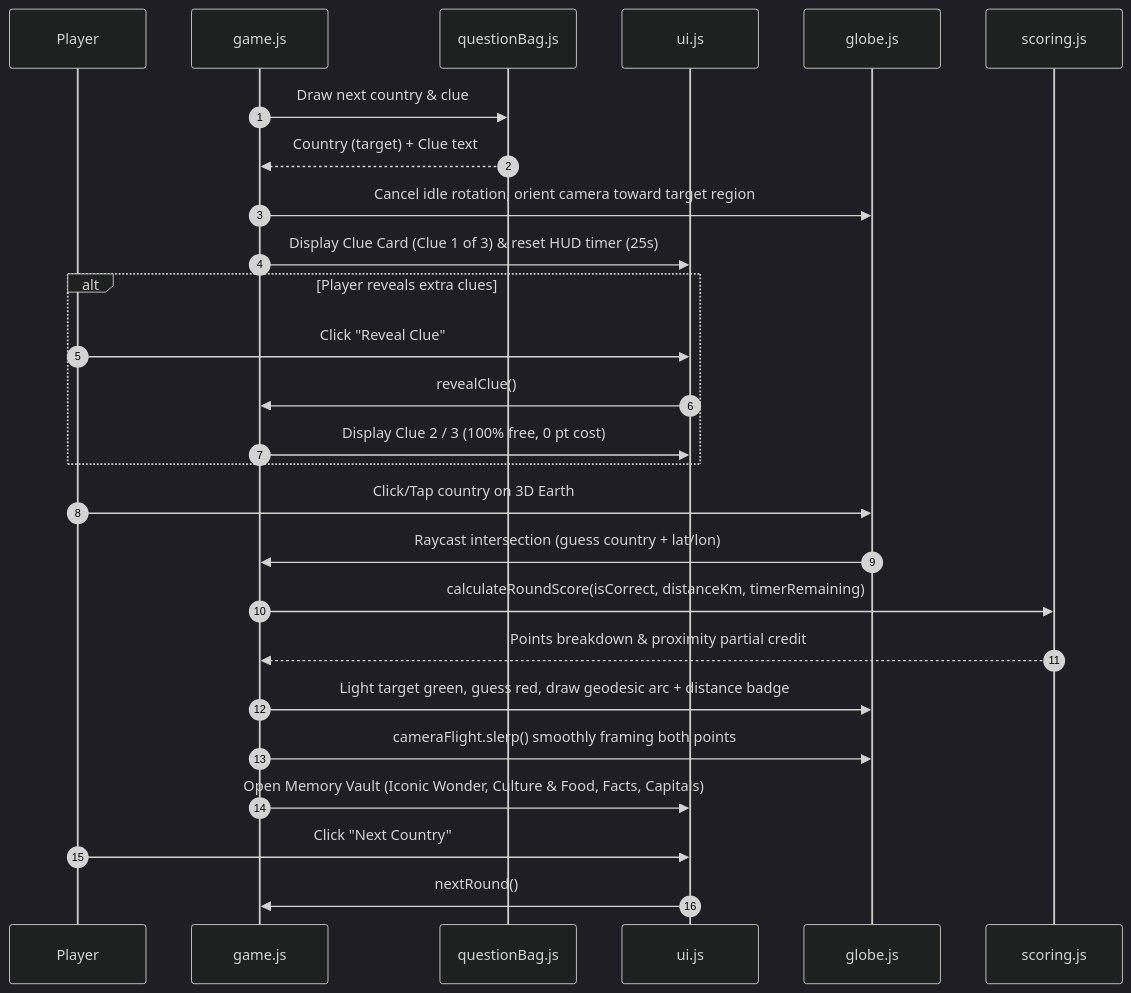
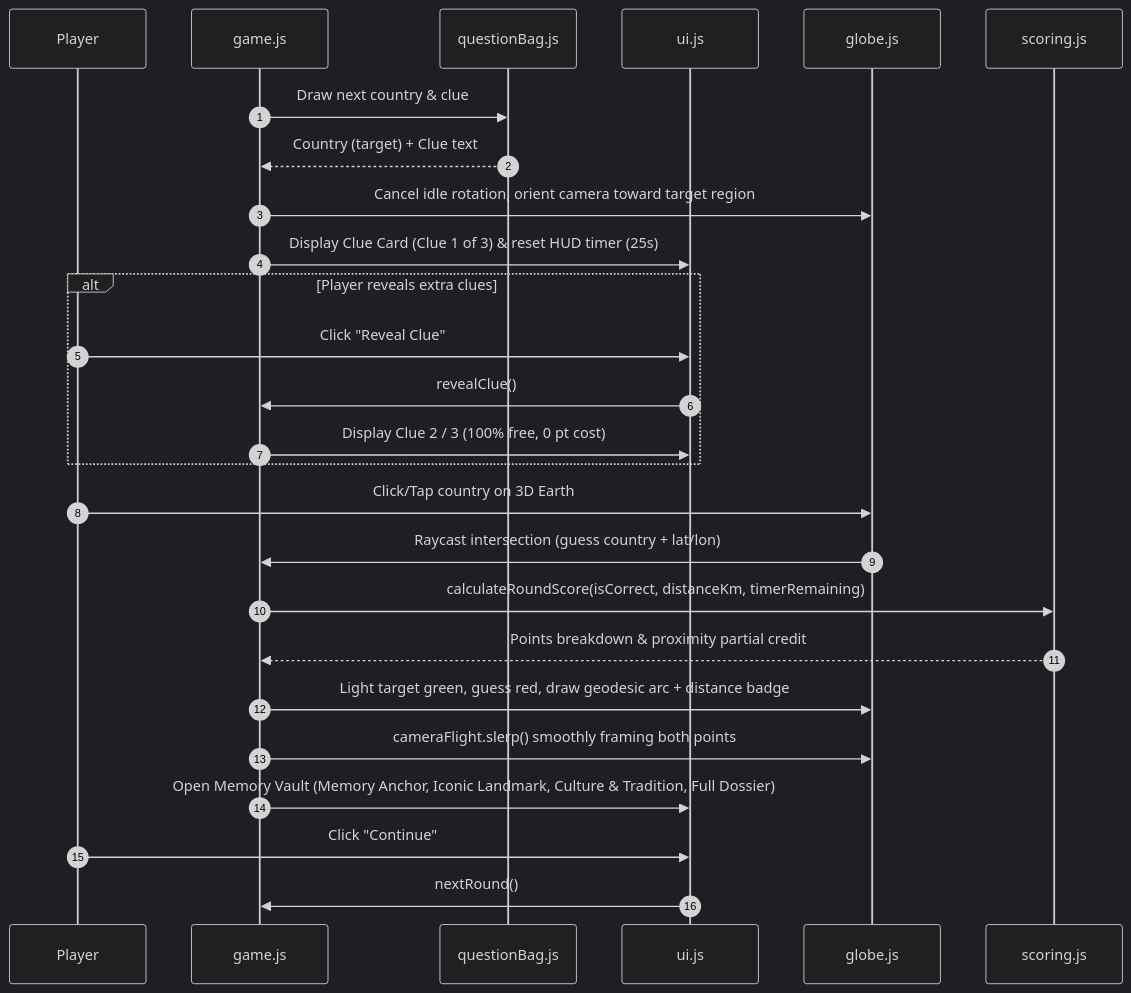
Before and after one commit to vaishnavkk/Games: the second of 2 diagrams in earth-trivia/docs/ARCHITECTURE.md, drawn with Mermaid (dark theme). The commit also changed other lines of this file and 1 other file, not shown here.

Commit message:
earth-trivia: align README.md and ARCHITECTURE.md with cleaned codebase

````diff
--- a/earth-trivia/docs/ARCHITECTURE.md
+++ b/earth-trivia/docs/ARCHITECTURE.md
@@ -94,33 +98,33 @@
 ```mermaid
 sequenceDiagram
     autonumber
     participant U as Player
     participant G as game.js
     participant QB as questionBag.js
     participant UI as ui.js
     participant Globe as globe.js
     participant S as scoring.js
 
     G->>QB: Draw next country & clue
     QB-->>G: Country (target) + Clue text
     G->>Globe: Cancel idle rotation, orient camera toward target region
     G->>UI: Display Clue Card (Clue 1 of 3) & reset HUD timer (25s)
     
     alt Player reveals extra clues
         U->>UI: Click "Reveal Clue"
         UI->>G: revealClue()
         G->>UI: Display Clue 2 / 3 (100% free, 0 pt cost)
     end
 
     U->>Globe: Click/Tap country on 3D Earth
     Globe->>G: Raycast intersection (guess country + lat/lon)
     G->>S: calculateRoundScore(isCorrect, distanceKm, timerRemaining)
     S-->>G: Points breakdown & proximity partial credit
     
     G->>Globe: Light target green, guess red, draw geodesic arc + distance badge
     G->>Globe: cameraFlight.slerp() smoothly framing both points
-    G->>UI: Open Memory Vault (Iconic Wonder, Culture & Food, Facts, Capitals)
+    G->>UI: Open Memory Vault (Memory Anchor, Iconic Landmark, Culture & Tradition, Full Dossier)
     
-    U->>UI: Click "Next Country"
+    U->>UI: Click "Continue"
     UI->>G: nextRound()
 ```
````
